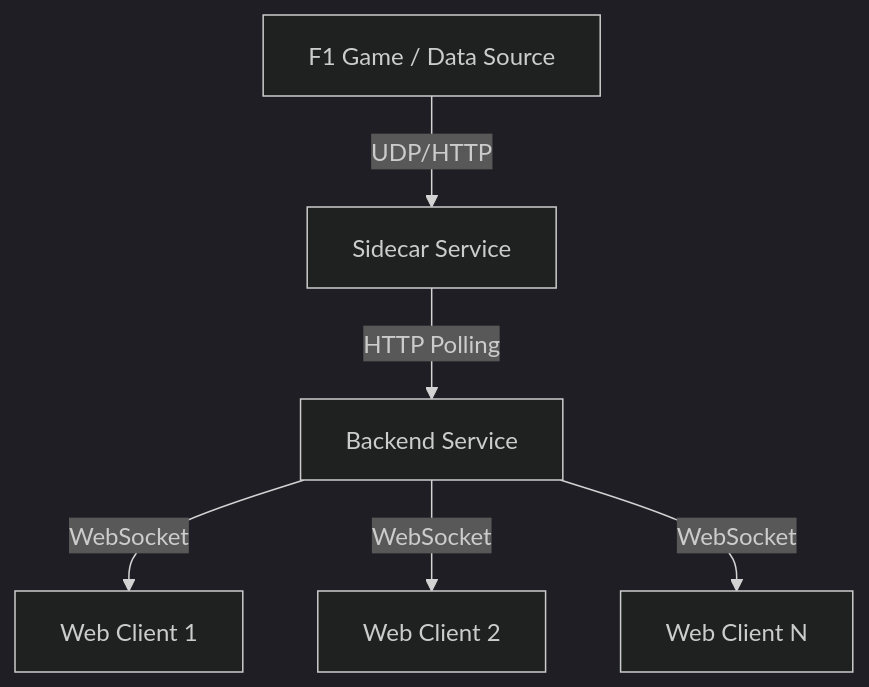
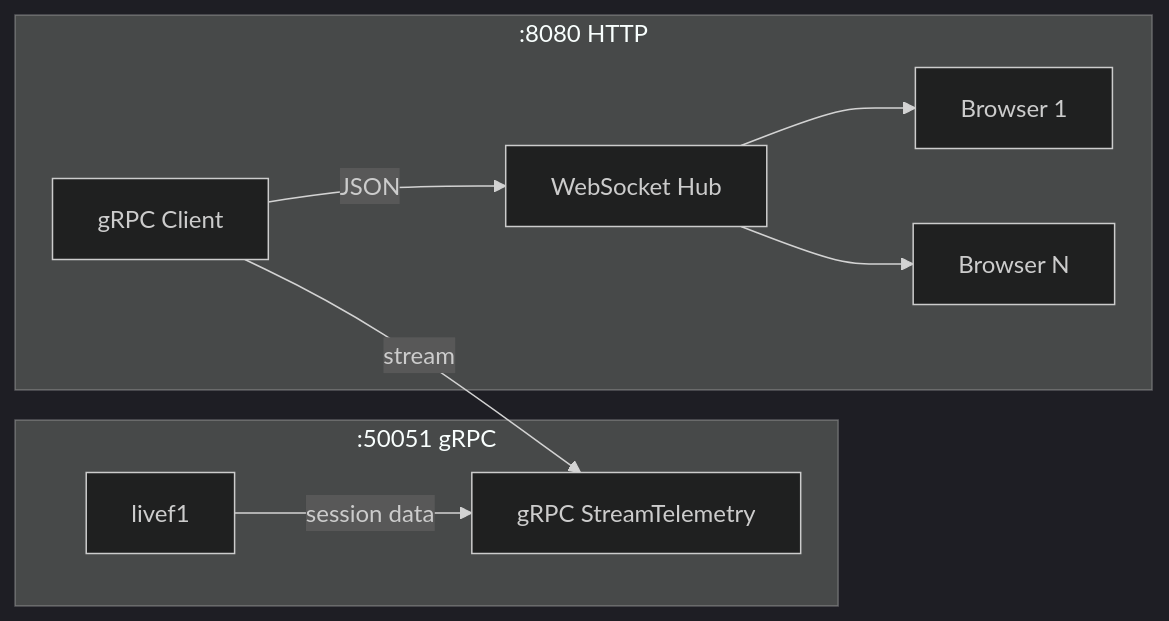
The diagram in README.md (peri-Bot/f1-telemetry-backend), drawn with Mermaid (dark theme) before and after one commit. The commit also changed other lines of this file, not shown here.

Commit message:
chore: update README with the new arch and gRPC

````diff
--- a/README.md
+++ b/README.md
@@ -11,8 +7,12 @@
 ```mermaid
-graph TD
-    A[F1 Game / Data Source] -->|UDP/HTTP| B[Sidecar Service]
-    B -->|HTTP Polling| C[Backend Service]
-    C -->|WebSocket| D[Web Client 1]
-    C -->|WebSocket| E[Web Client 2]
-    C -->|WebSocket| F[Web Client N]
+graph LR
+    subgraph Python Sidecar [:50051 gRPC]
+        A[livef1] -->|session data| B[gRPC StreamTelemetry]
+    end
+    subgraph Go Backend [:8080 HTTP]
+        C[gRPC Client] -->|stream| B
+        C -->|JSON| D[WebSocket Hub]
+        D --> E[Browser 1]
+        D --> F[Browser N]
+    end
 ```
````
